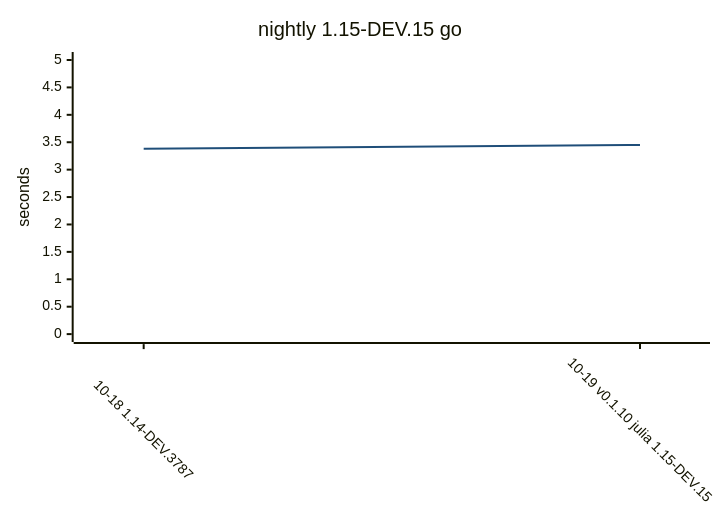
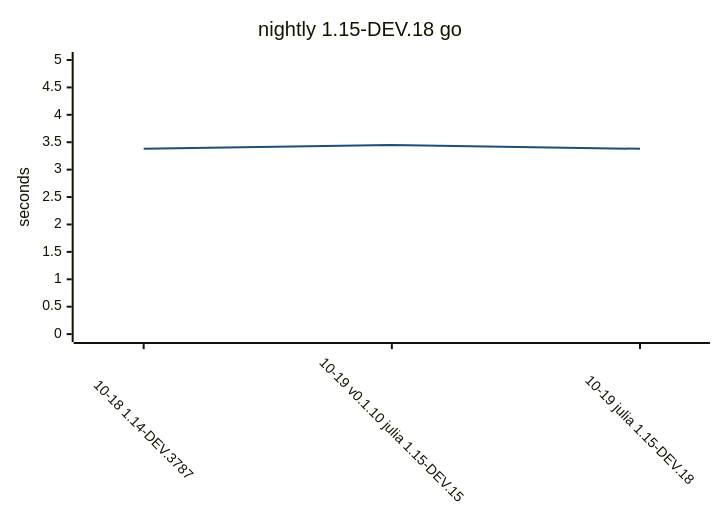
Before and after one commit to yamanori99/DistSSHRun.jl: the eighth of 9 diagrams in README.md, drawn with Mermaid. The commit also changed other lines of this file and 1 other file, not shown here.

Commit message:
Record compile bench for nightly.

````diff
--- a/README.md
+++ b/README.md
@@ -270,17 +271,17 @@
 ```mermaid
 ---
 config:
   theme: base
   themeVariables:
     xyChart:
       plotColorPalette: "#1f4e79"
   xyChart:
     xAxis:
       labelRotation: 45
 ---
 xychart-beta
-    title "nightly 1.15-DEV.15 go"
-    x-axis ["10-18 1.14-DEV.3787", "10-19 v0.1.10 julia 1.15-DEV.15"]
+    title "nightly 1.15-DEV.18 go"
+    x-axis ["10-18 1.14-DEV.3787", "10-19 v0.1.10 julia 1.15-DEV.15", "10-19 julia 1.15-DEV.18"]
     y-axis "seconds" 0 --> 5
-    line [3.38, 3.45]
+    line [3.38, 3.45, 3.38]
 ```
````
